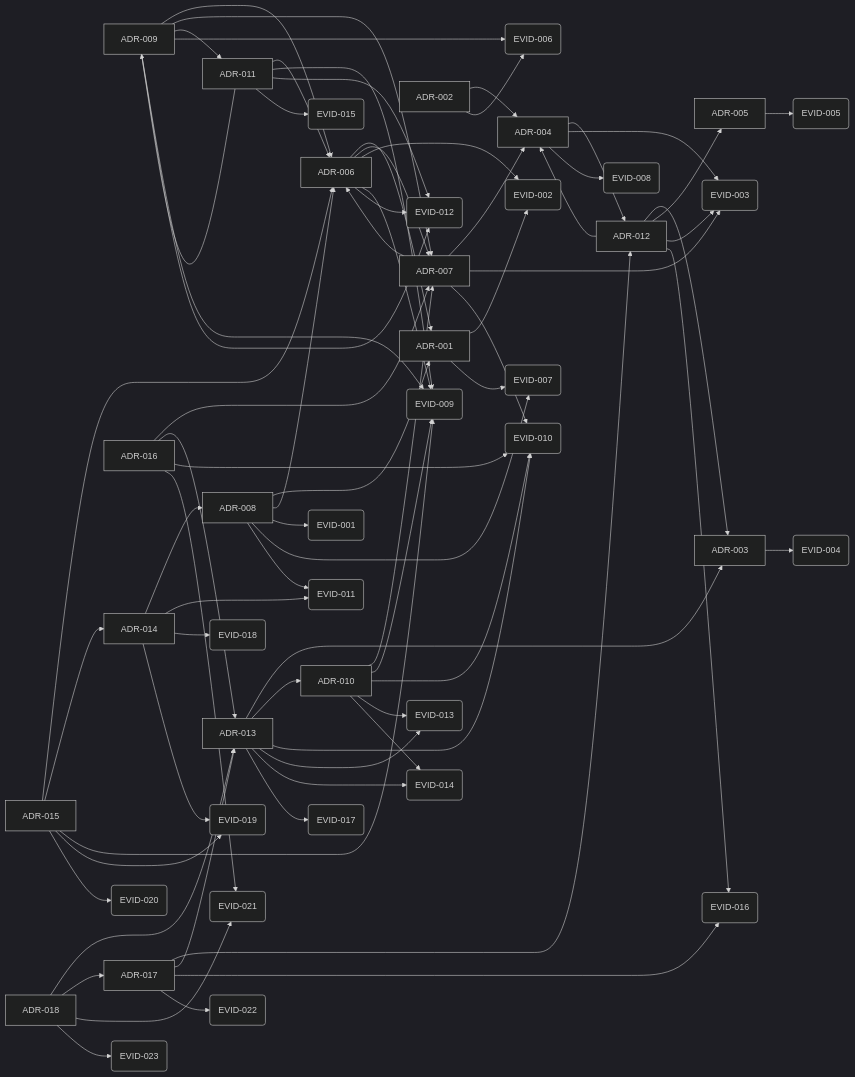
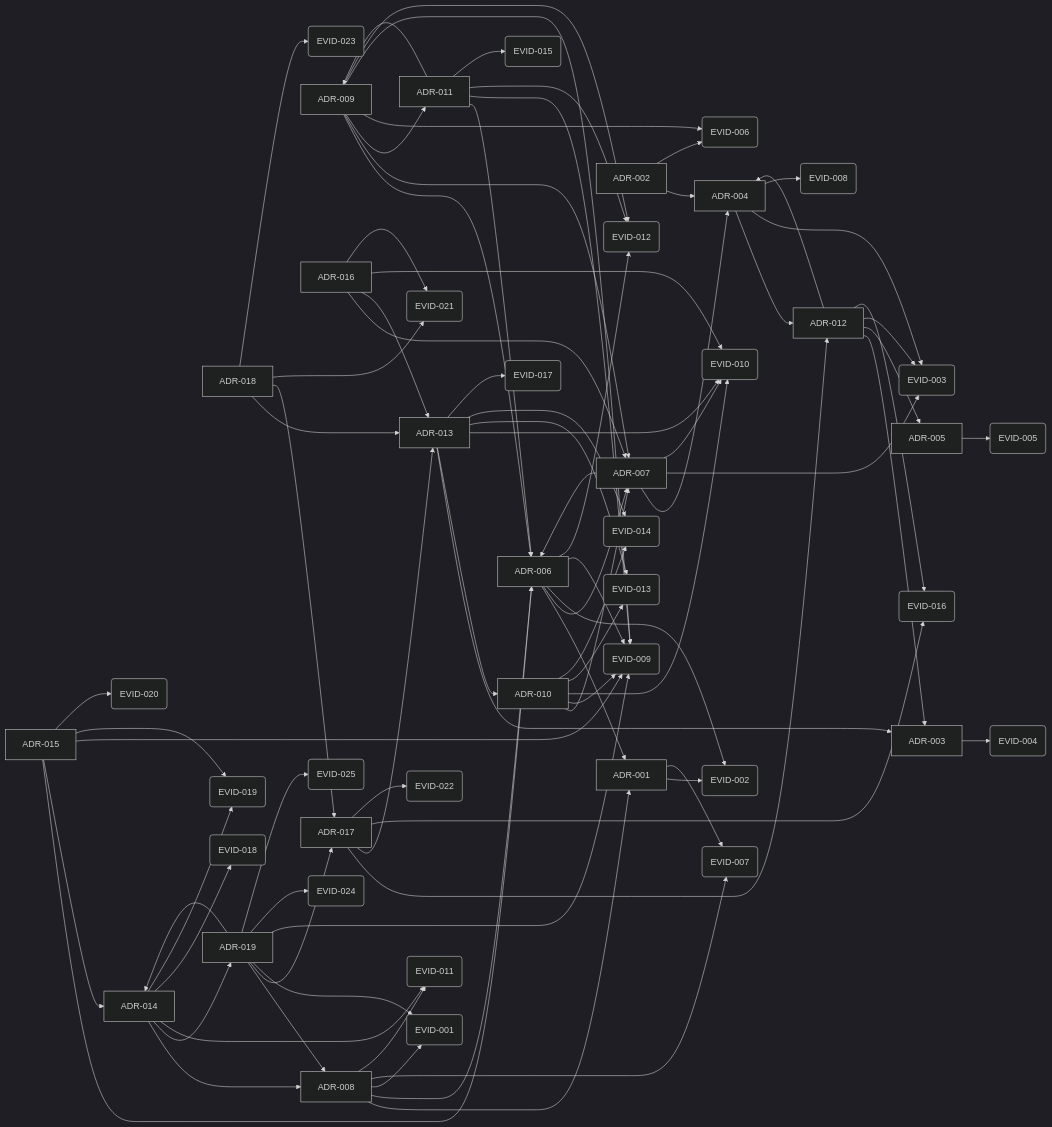
The diagram in GRAPH.md (TeramachiShunsuke/aidd), drawn with Mermaid (dark theme) before and after one commit. The commit also changed other lines of this file and 23 other files, not shown here.

````diff
--- a/GRAPH.md
+++ b/GRAPH.md
@@ -52,6 +52,7 @@
   ADR_016[ADR-016]
   ADR_017[ADR-017]
   ADR_018[ADR-018]
+  ADR_019[ADR-019]
   EVID_001(EVID-001)
   EVID_002(EVID-002)
   EVID_003(EVID-003)
@@ -75,6 +76,8 @@
   EVID_021(EVID-021)
   EVID_022(EVID-022)
   EVID_023(EVID-023)
+  EVID_024(EVID-024)
+  EVID_025(EVID-025)
   ADR_001 --> EVID_002
   ADR_001 --> EVID_007
   ADR_002 --> ADR_004
@@ -126,6 +129,7 @@
   ADR_013 --> EVID_014
   ADR_013 --> EVID_017
   ADR_014 --> ADR_008
+  ADR_014 --> ADR_019
   ADR_014 --> EVID_011
   ADR_014 --> EVID_018
   ADR_014 --> EVID_019
@@ -146,4 +150,11 @@
   ADR_018 --> ADR_017
   ADR_018 --> EVID_021
   ADR_018 --> EVID_023
+  ADR_019 --> ADR_008
+  ADR_019 --> ADR_014
+  ADR_019 --> ADR_017
+  ADR_019 --> EVID_001
+  ADR_019 --> EVID_009
+  ADR_019 --> EVID_024
+  ADR_019 --> EVID_025
 ```
````
